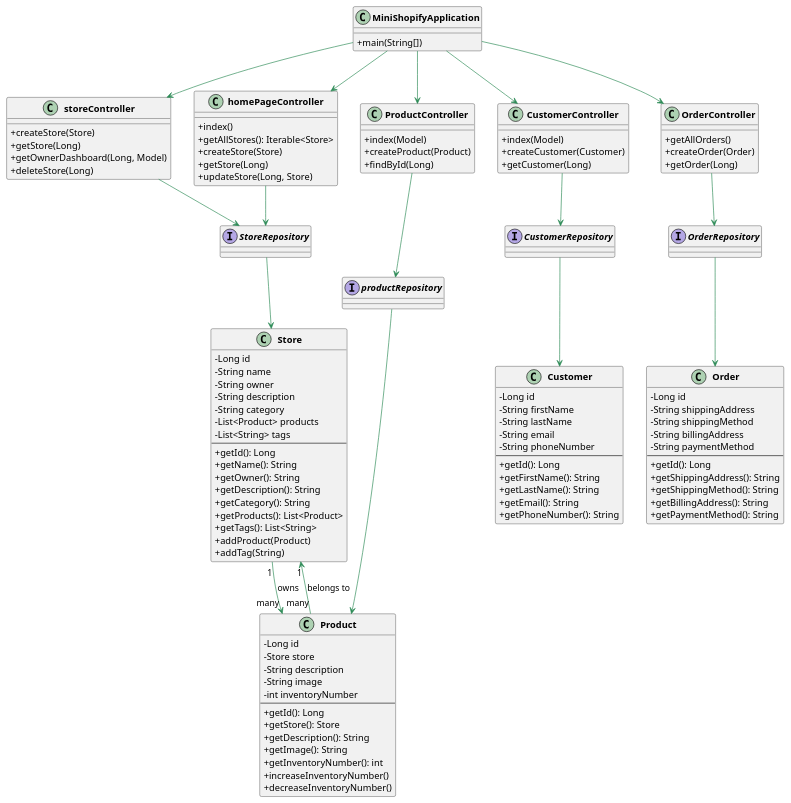
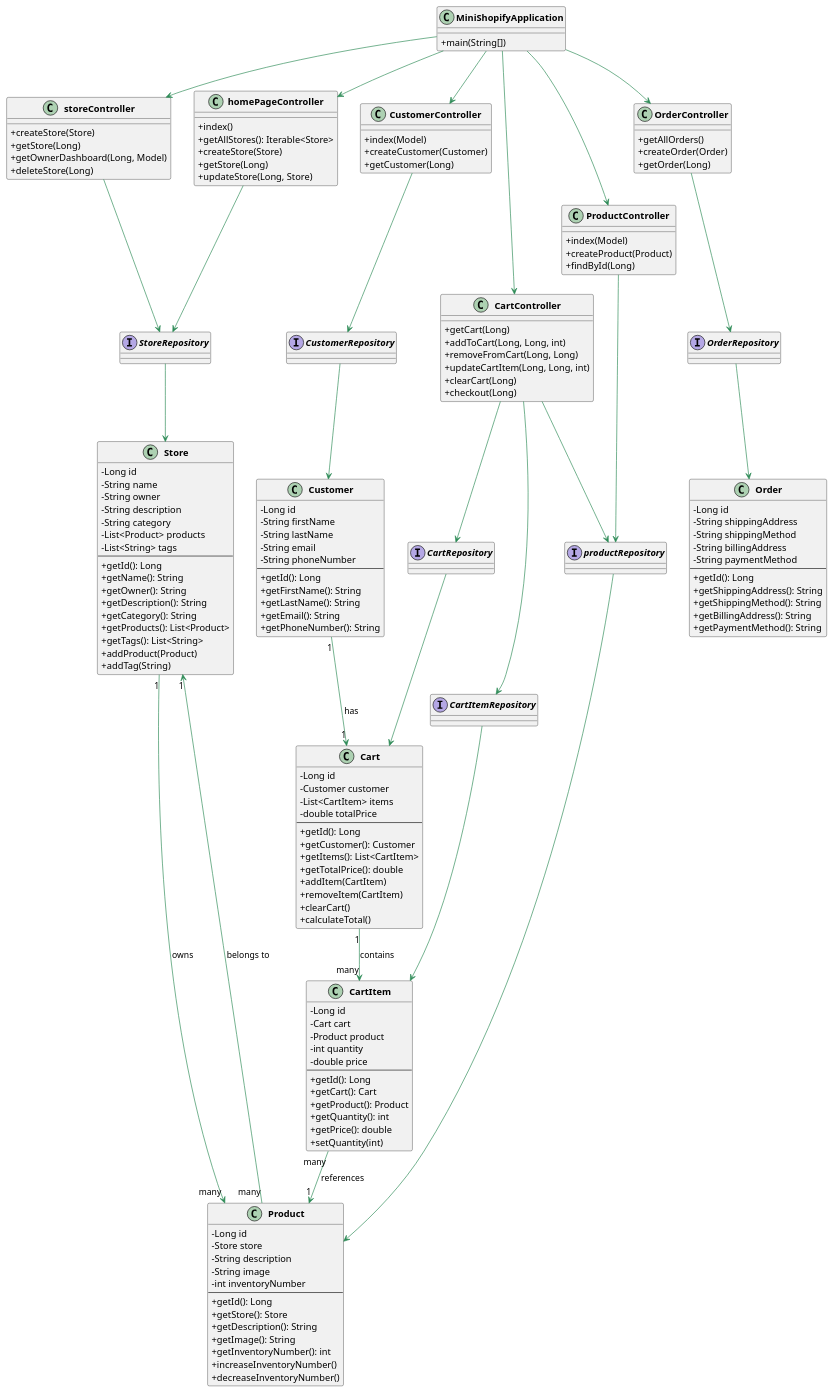
One commit to ConnorYelle/Mini-Shopify changed the diagram in docs/uml/mini-shopify-uml.puml. Above: the diagram before and after it, drawn with PlantUML. The commit also changed 1 other file, not shown here.

Commit message:
docs: update UML diagram

```diff
--- a/docs/uml/mini-shopify-uml.puml
+++ b/docs/uml/mini-shopify-uml.puml
@@ -1,130 +1,180 @@
 @startuml
 
 skinparam classAttributeIconSize 0
 skinparam classFontSize 14
 skinparam classFontStyle Bold
 skinparam ArrowColor #2E8B57
 
 class Store {
     - Long id
     - String name
     - String owner
     - String description
     - String category
     - List<Product> products
     - List<String> tags
     --
     + getId(): Long
     + getName(): String
     + getOwner(): String
     + getDescription(): String
     + getCategory(): String
     + getProducts(): List<Product>
     + getTags(): List<String>
     + addProduct(Product)
     + addTag(String)
 }
 
 class Product {
     - Long id
     - Store store
     - String description
     - String image
     - int inventoryNumber
     --
     + getId(): Long
     + getStore(): Store
     + getDescription(): String
     + getImage(): String
     + getInventoryNumber(): int
     + increaseInventoryNumber()
     + decreaseInventoryNumber()
 }
 
 class Customer {
     - Long id
     - String firstName
     - String lastName
     - String email
     - String phoneNumber
     --
     + getId(): Long
     + getFirstName(): String
     + getLastName(): String
     + getEmail(): String
     + getPhoneNumber(): String
 }
 
 class Order {
     - Long id
     - String shippingAddress
     - String shippingMethod
     - String billingAddress
     - String paymentMethod
     --
     + getId(): Long
     + getShippingAddress(): String
     + getShippingMethod(): String
     + getBillingAddress(): String
     + getPaymentMethod(): String
 }
 
+class Cart {
+    - Long id
+    - Customer customer
+    - List<CartItem> items
+    - double totalPrice
+    --
+    + getId(): Long
+    + getCustomer(): Customer
+    + getItems(): List<CartItem>
+    + getTotalPrice(): double
+    + addItem(CartItem)
+    + removeItem(CartItem)
+    + clearCart()
+    + calculateTotal()
+}
+
+class CartItem {
+    - Long id
+    - Cart cart
+    - Product product
+    - int quantity
+    - double price
+    --
+    + getId(): Long
+    + getCart(): Cart
+    + getProduct(): Product
+    + getQuantity(): int
+    + getPrice(): double
+    + setQuantity(int)
+}
+
 Store "1" --> "many" Product : owns
 Product "many" --> "1" Store : belongs to
+Customer "1" --> "1" Cart : has
+Cart "1" --> "many" CartItem : contains
+CartItem "many" --> "1" Product : references
 
 interface StoreRepository
 interface productRepository
 interface CustomerRepository
 interface OrderRepository
+interface CartRepository
+interface CartItemRepository
 
 StoreRepository --> Store
 productRepository --> Product
 CustomerRepository --> Customer
 OrderRepository --> Order
+CartRepository --> Cart
+CartItemRepository --> CartItem
 
 class storeController {
     + createStore(Store)
     + getStore(Long)
     + getOwnerDashboard(Long, Model)
     + deleteStore(Long)
 }
 class homePageController {
     + index()
     + getAllStores(): Iterable<Store>
     + createStore(Store)
     + getStore(Long)
     + updateStore(Long, Store)
 }
 class ProductController {
     + index(Model)
     + createProduct(Product)
     + findById(Long)
 }
 class CustomerController {
     + index(Model)
     + createCustomer(Customer)
     + getCustomer(Long)
 }
 class OrderController {
     + getAllOrders()
     + createOrder(Order)
     + getOrder(Long)
 }
+class CartController {
+    + getCart(Long)
+    + addToCart(Long, Long, int)
+    + removeFromCart(Long, Long)
+    + updateCartItem(Long, Long, int)
+    + clearCart(Long)
+    + checkout(Long)
+}
 
 storeController --> StoreRepository
 homePageController --> StoreRepository
 ProductController --> productRepository
 CustomerController --> CustomerRepository
 OrderController --> OrderRepository
+CartController --> CartRepository
+CartController --> CartItemRepository
+CartController --> productRepository
 
 class MiniShopifyApplication {
     + main(String[])
 }
 
 MiniShopifyApplication --> storeController
 MiniShopifyApplication --> homePageController
 MiniShopifyApplication --> ProductController
 MiniShopifyApplication --> CustomerController
 MiniShopifyApplication --> OrderController
+MiniShopifyApplication --> CartController
 
 @enduml
```
